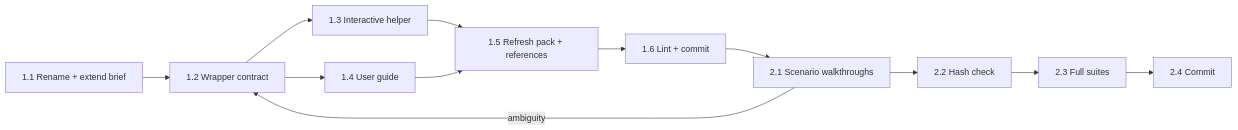
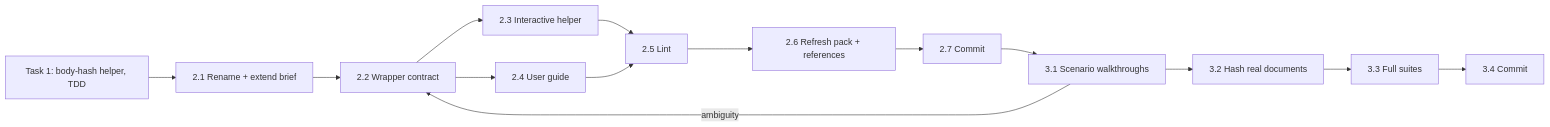
Before and after one commit to rochecompaan/patchmill: the diagram in docs/plans/2026-11-19-issue-177-add-adversarial-spec-and-plan-review-to-planning-plan.md, drawn with Mermaid. The commit also changed other lines of this file and 1 other file, not shown here.

````diff
--- a/docs/plans/2026-11-19-issue-177-add-adversarial-spec-and-plan-review-to-planning-plan.md
+++ b/docs/plans/2026-11-19-issue-177-add-adversarial-spec-and-plan-review-to-planning-plan.md
@@ -253,12 +350,13 @@
 ```mermaid
 flowchart LR
-  T1a[1.1 Rename + extend brief] --> T1b[1.2 Wrapper contract]
-  T1b --> T1c[1.3 Interactive helper]
-  T1b --> T1d[1.4 User guide]
-  T1c --> T1e[1.5 Refresh pack + references]
-  T1d --> T1e
-  T1e --> T1f[1.6 Lint + commit]
-  T1f --> T2a[2.1 Scenario walkthroughs]
-  T2a -- ambiguity --> T1b
-  T2a --> T2b[2.2 Hash check] --> T2c[2.3 Full suites] --> T2d[2.4 Commit]
+  T1[Task 1: body-hash helper, TDD] --> T2a[2.1 Rename + extend brief]
+  T2a --> T2b[2.2 Wrapper contract]
+  T2b --> T2c[2.3 Interactive helper]
+  T2b --> T2d[2.4 User guide]
+  T2c --> T2e[2.5 Lint]
+  T2d --> T2e
+  T2e --> T2f[2.6 Refresh pack + references] --> T2g[2.7 Commit]
+  T2g --> T3a[3.1 Scenario walkthroughs]
+  T3a -- ambiguity --> T2b
+  T3a --> T3b[3.2 Hash real documents] --> T3c[3.3 Full suites] --> T3d[3.4 Commit]
 ```
````
